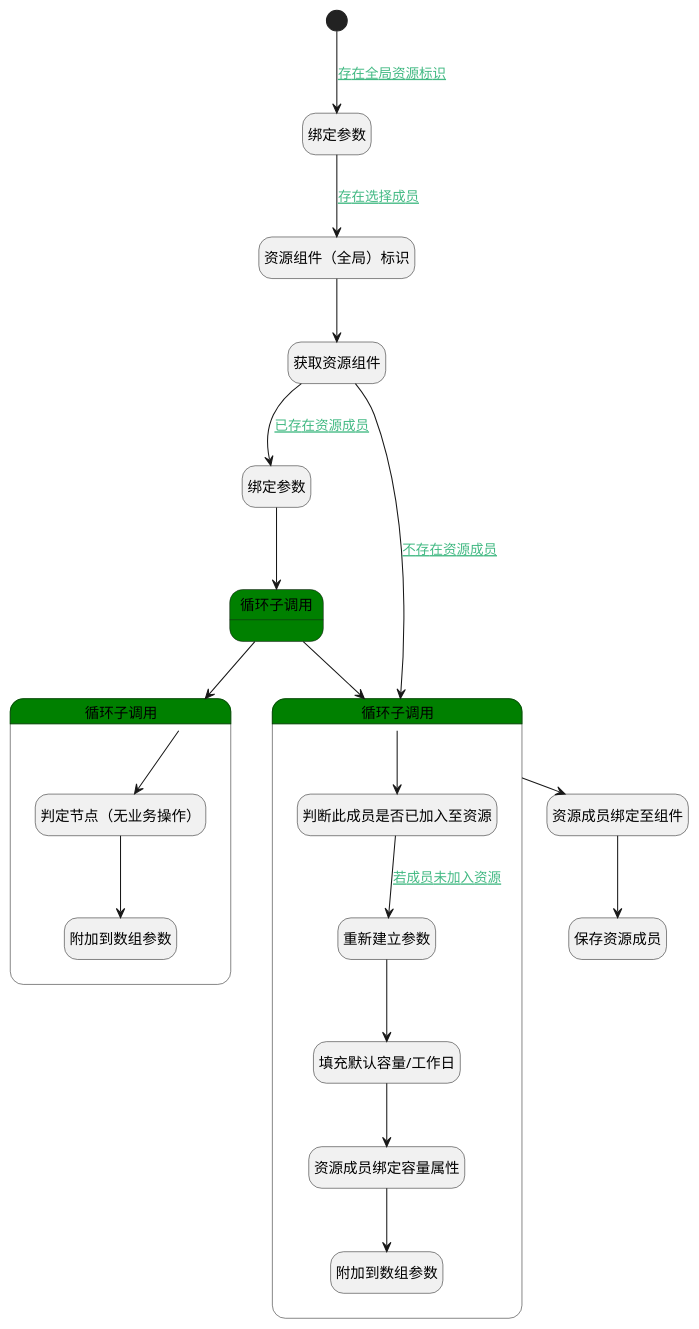
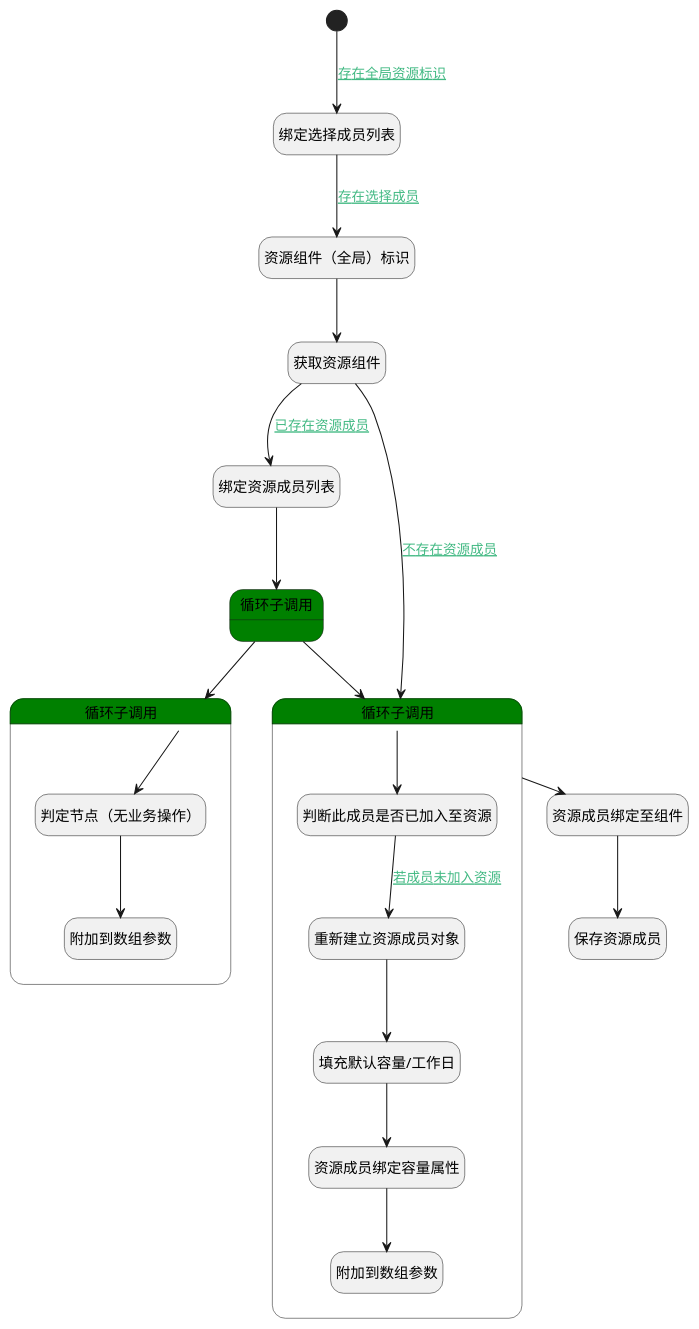
Before and after one commit to iBizLab/plm: the diagram in doc/docsify/module/ProjMgmt/work_item/logic/resource_member_setting.md, drawn with PlantUML. The commit also changed other lines of this file and 1778 other files, not shown here.

````diff
--- a/doc/docsify/module/ProjMgmt/work_item/logic/resource_member_setting.md
+++ b/doc/docsify/module/ProjMgmt/work_item/logic/resource_member_setting.md
@@ -7,53 +7,53 @@
 ```plantuml
 @startuml
 hide empty description
 <style>
 root {
   HyperlinkColor #42b983
 }
 </style>
 
 hide empty description
 state "开始" as Begin <<start>> [[$./resource_member_setting#begin {"开始"}]]
-state "绑定参数" as BINDPARAM1  [[$./resource_member_setting#bindparam1 {"绑定参数"}]]
+state "绑定选择成员列表" as BINDPARAM1  [[$./resource_member_setting#bindparam1 {"绑定选择成员列表"}]]
 state "资源组件（全局）标识" as PREPAREPARAM3  [[$./resource_member_setting#prepareparam3 {"资源组件（全局）标识"}]]
 state "获取资源组件" as DEACTION1  [[$./resource_member_setting#deaction1 {"获取资源组件"}]]
-state "绑定参数" as BINDPARAM2  [[$./resource_member_setting#bindparam2 {"绑定参数"}]]
+state "绑定资源成员列表" as BINDPARAM2  [[$./resource_member_setting#bindparam2 {"绑定资源成员列表"}]]
 state "资源成员绑定至组件" as RAWSFCODE3  [[$./resource_member_setting#rawsfcode3 {"资源成员绑定至组件"}]]
 state "保存资源成员" as DEACTION2  [[$./resource_member_setting#deaction2 {"保存资源成员"}]]
 state "循环子调用" as LOOPSUBCALL2  [[$./resource_member_setting#loopsubcall2 {"循环子调用"}]] #green {
 }
 state "循环子调用" as LOOPSUBCALL3  [[$./resource_member_setting#loopsubcall3 {"循环子调用"}]] #green {
 state "判定节点（无业务操作）" as PREPAREPARAM4  [[$./resource_member_setting#prepareparam4 {"判定节点（无业务操作）"}]]
 state "附加到数组参数" as APPENDPARAM2  [[$./resource_member_setting#appendparam2 {"附加到数组参数"}]]
 }
 state "循环子调用" as LOOPSUBCALL1  [[$./resource_member_setting#loopsubcall1 {"循环子调用"}]] #green {
 state "判断此成员是否已加入至资源" as RAWSFCODE4  [[$./resource_member_setting#rawsfcode4 {"判断此成员是否已加入至资源"}]]
-state "重新建立参数" as RENEWPARAM1  [[$./resource_member_setting#renewparam1 {"重新建立参数"}]]
+state "重新建立资源成员对象" as RENEWPARAM1  [[$./resource_member_setting#renewparam1 {"重新建立资源成员对象"}]]
 state "填充默认容量/工作日" as PREPAREPARAM1  [[$./resource_member_setting#prepareparam1 {"填充默认容量/工作日"}]]
 state "资源成员绑定容量属性" as RAWSFCODE2  [[$./resource_member_setting#rawsfcode2 {"资源成员绑定容量属性"}]]
 state "附加到数组参数" as APPENDPARAM1  [[$./resource_member_setting#appendparam1 {"附加到数组参数"}]]
 }
 
 
 Begin --> BINDPARAM1 : [[$./resource_member_setting#begin-bindparam1{存在全局资源标识} 存在全局资源标识]]
 BINDPARAM1 --> PREPAREPARAM3 : [[$./resource_member_setting#bindparam1-prepareparam3{存在选择成员} 存在选择成员]]
 PREPAREPARAM3 --> DEACTION1
 DEACTION1 --> BINDPARAM2 : [[$./resource_member_setting#deaction1-bindparam2{已存在资源成员} 已存在资源成员]]
 BINDPARAM2 --> LOOPSUBCALL2
 LOOPSUBCALL2 --> LOOPSUBCALL3
 LOOPSUBCALL3 --> PREPAREPARAM4
 PREPAREPARAM4 --> APPENDPARAM2
 LOOPSUBCALL2 --> LOOPSUBCALL1
 LOOPSUBCALL1 --> RAWSFCODE4
 RAWSFCODE4 --> RENEWPARAM1 : [[$./resource_member_setting#rawsfcode4-renewparam1{若成员未加入资源} 若成员未加入资源]]
 RENEWPARAM1 --> PREPAREPARAM1
 PREPAREPARAM1 --> RAWSFCODE2
 RAWSFCODE2 --> APPENDPARAM1
 LOOPSUBCALL1 --> RAWSFCODE3
 RAWSFCODE3 --> DEACTION2
 DEACTION1 --> LOOPSUBCALL1 : [[$./resource_member_setting#deaction1-loopsubcall1{不存在资源成员} 不存在资源成员]]
 
 
 @enduml
 ```
````
